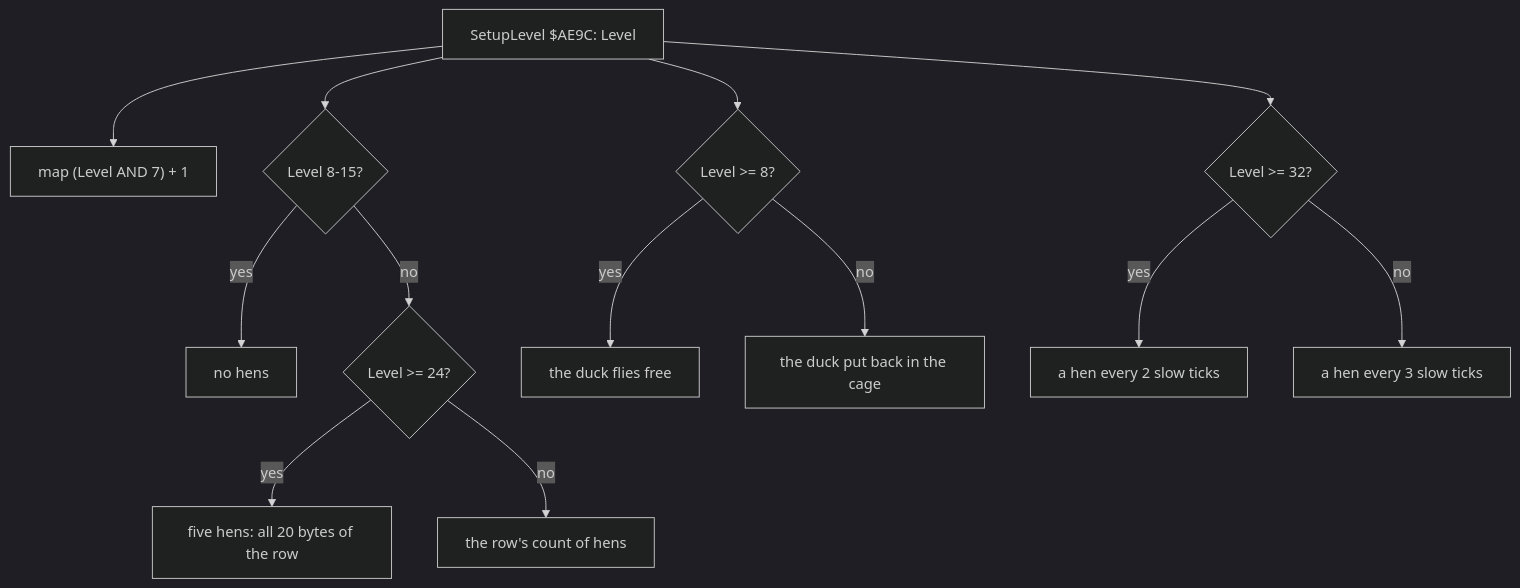
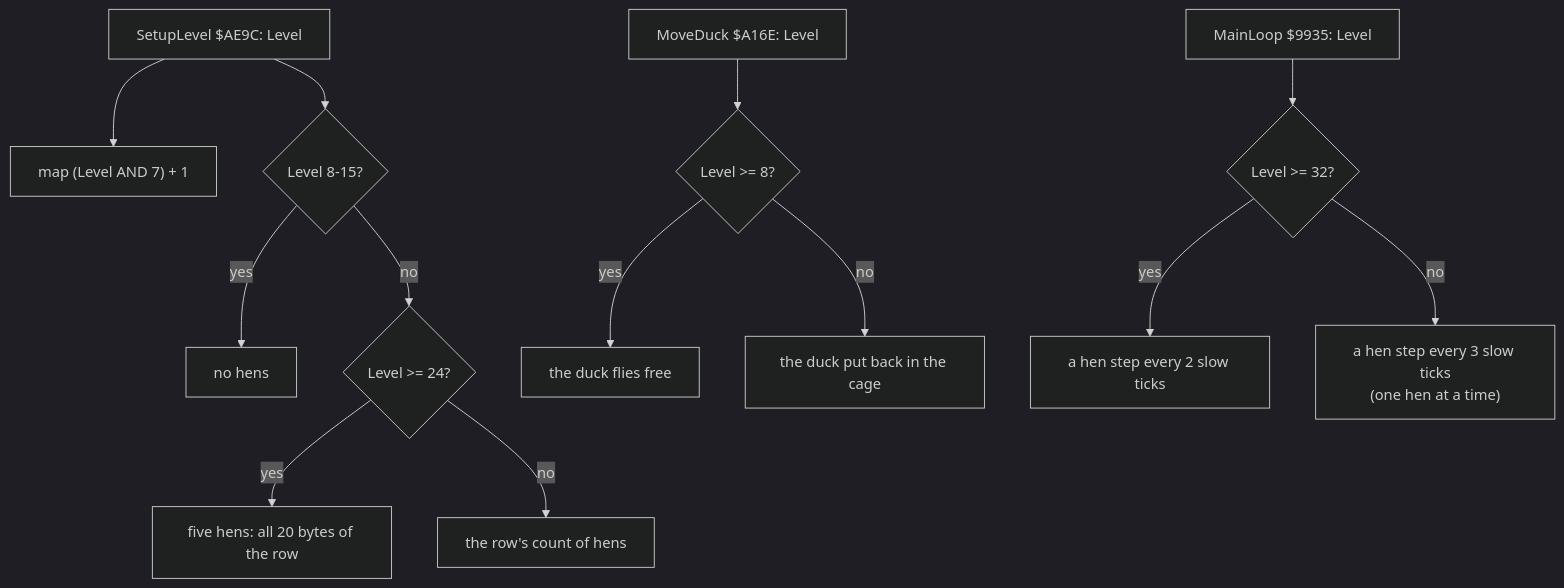
Before and after one commit to alfishe/unrealng-reverse-cases: the fourth of 6 diagrams in games/chuckie-egg/docs/01-game-design.md, drawn with Mermaid (dark theme). The commit also changed other lines of this file and 49 other files, not shown here.

````diff
--- a/games/chuckie-egg/docs/01-game-design.md
+++ b/games/chuckie-egg/docs/01-game-design.md
@@ -553,15 +628,15 @@
 ```mermaid
 flowchart TD
     S["SetupLevel $AE9C: Level"] --> M["map (Level AND 7) + 1"]
     S --> H{"Level 8-15?"}
     H -->|yes| H0["no hens"]
     H -->|no| H1{"Level >= 24?"}
     H1 -->|yes| H5["five hens: all 20 bytes of the row"]
     H1 -->|no| HT["the row's count of hens"]
-    S --> D{"Level >= 8?"}
+    MD["MoveDuck $A16E: Level"] --> D{"Level >= 8?"}
     D -->|yes| DF["the duck flies free"]
     D -->|no| DC["the duck put back in the cage"]
-    S --> P{"Level >= 32?"}
-    P -->|yes| P2["a hen every 2 slow ticks"]
-    P -->|no| P3["a hen every 3 slow ticks"]
+    MH["MainLoop $9935: Level"] --> P{"Level >= 32?"}
+    P -->|yes| P2["a hen step every 2 slow ticks"]
+    P -->|no| P3["a hen step every 3 slow ticks<br/>(one hen at a time)"]
 ```
````
